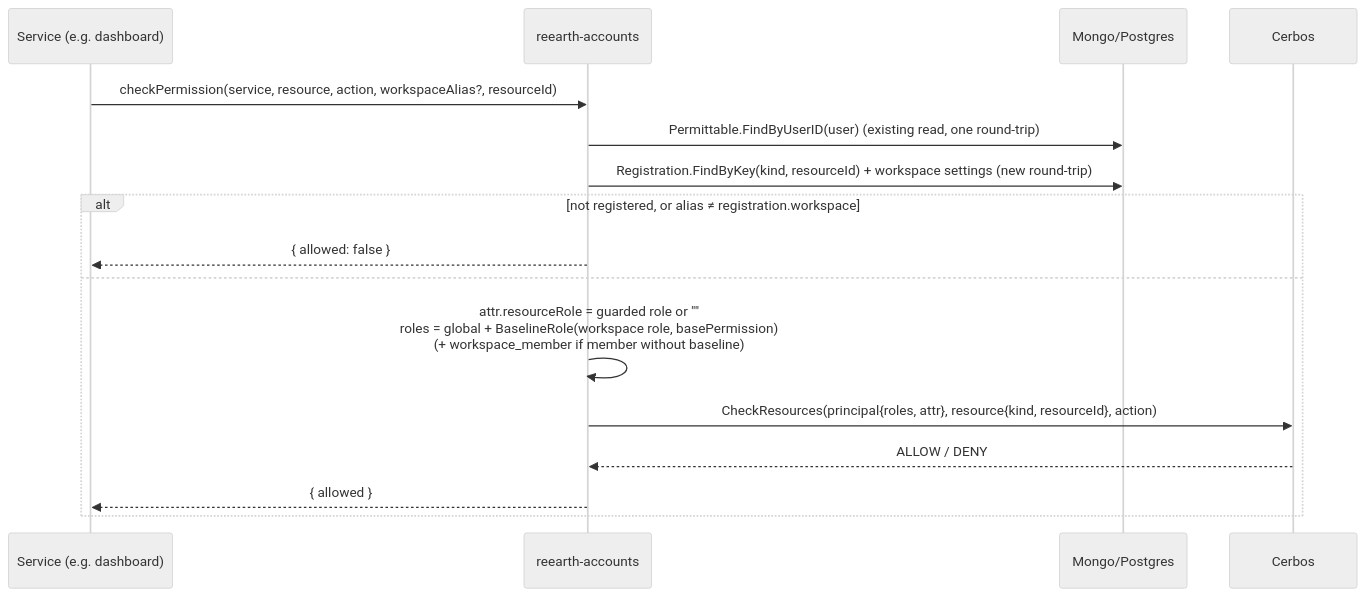
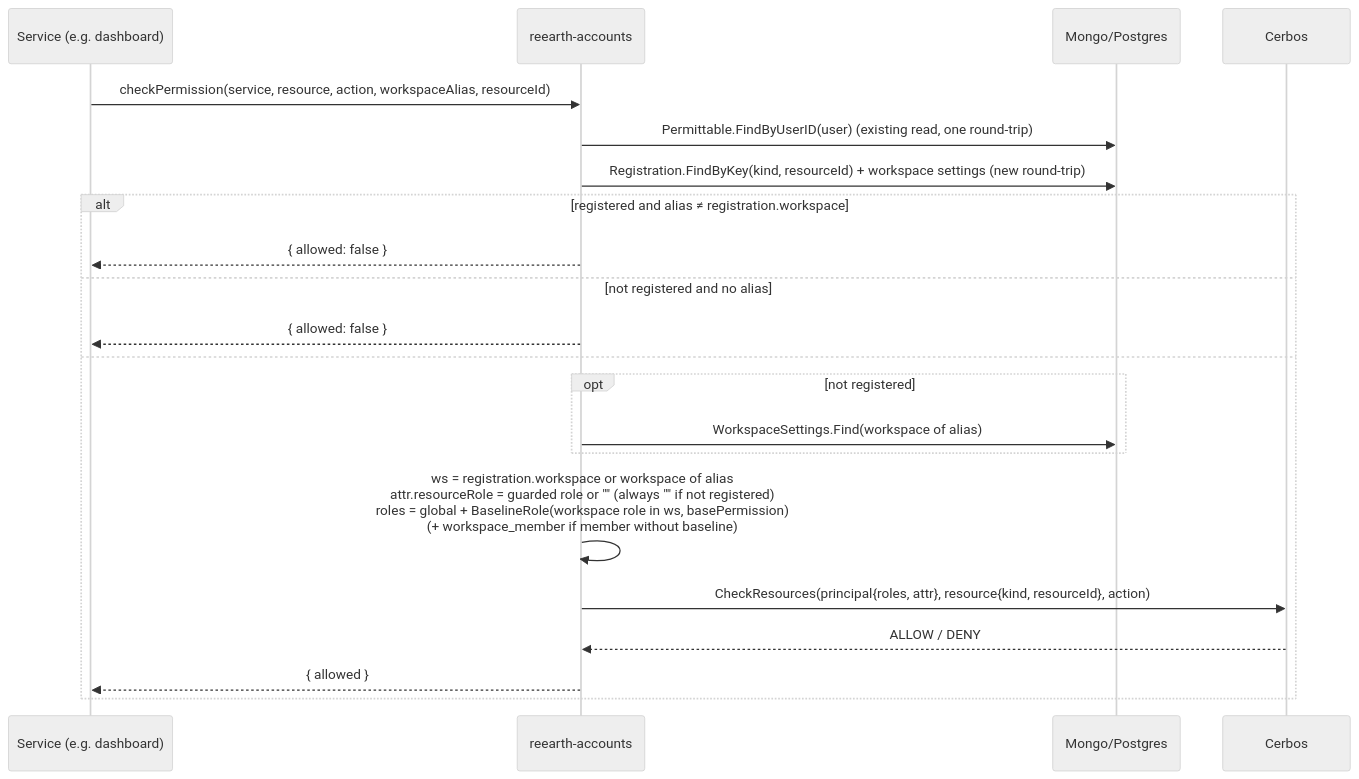
One commit to reearth/reearth-accounts changed the first of 6 diagrams in server/docs/usecase/resource-role-binding.ja.md. Above: the diagram before and after it, drawn with Mermaid (neutral theme). The commit also changed other lines of this file and 1 other file, not shown here.

````diff
--- a/server/docs/usecase/resource-role-binding.ja.md
+++ b/server/docs/usecase/resource-role-binding.ja.md
@@ -765,19 +808,24 @@
 ```mermaid
 sequenceDiagram
     participant S as Service (e.g. dashboard)
     participant A as reearth-accounts
     participant DB as Mongo/Postgres
     participant C as Cerbos
 
-    S->>A: checkPermission(service, resource, action, workspaceAlias?, resourceId)
+    S->>A: checkPermission(service, resource, action, workspaceAlias, resourceId)
     A->>DB: Permittable.FindByUserID(user)  (existing read, one round-trip)
     A->>DB: Registration.FindByKey(kind, resourceId) + workspace settings  (new round-trip)
-    alt not registered, or alias ≠ registration.workspace
+    alt registered and alias ≠ registration.workspace
+        A-->>S: { allowed: false }
+    else not registered and no alias
         A-->>S: { allowed: false }
     else
-        A->>A: attr.resourceRole = guarded role or ""<br/>roles = global + BaselineRole(workspace role, basePermission)<br/>(+ workspace_member if member without baseline)
+        opt not registered
+            A->>DB: WorkspaceSettings.Find(workspace of alias)
+        end
+        A->>A: ws = registration.workspace or workspace of alias<br/>attr.resourceRole = guarded role or "" (always "" if not registered)<br/>roles = global + BaselineRole(workspace role in ws, basePermission)<br/>(+ workspace_member if member without baseline)
         A->>C: CheckResources(principal{roles, attr}, resource{kind, resourceId}, action)
         C-->>A: ALLOW / DENY
         A-->>S: { allowed }
     end
 ```
````
